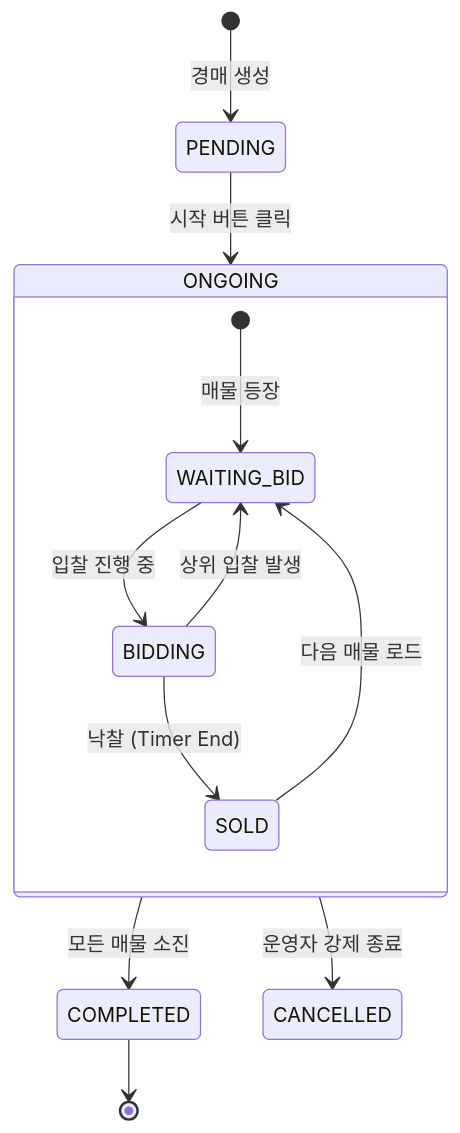
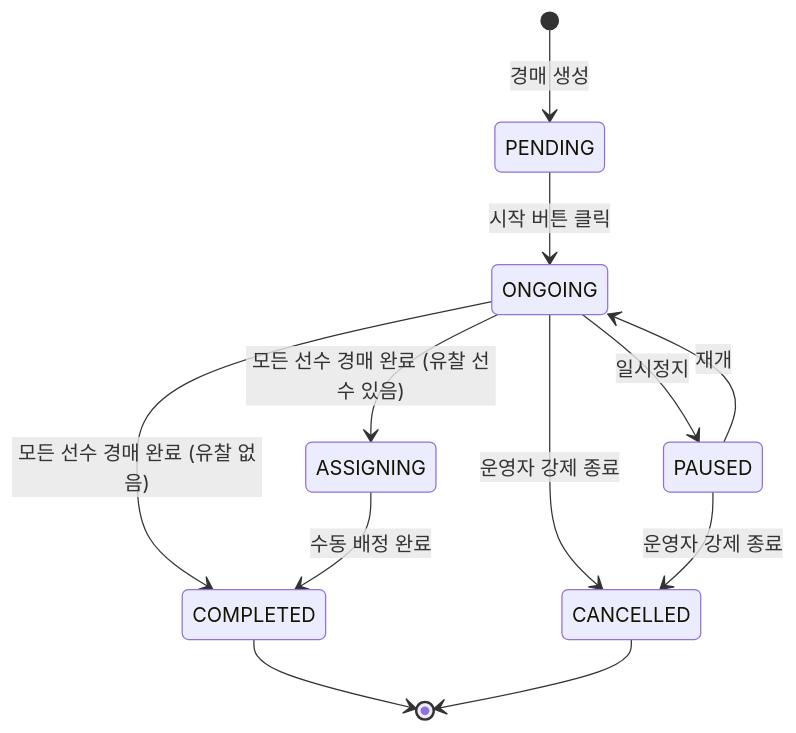
Before and after one commit to eyjs/potg: the second of 3 diagrams in docs/auction/PROCESS.md, drawn with Mermaid. The commit also changed other lines of this file and 2 other files, not shown here.

First line of the commit message:
docs: update ERD and auction process documentation

````diff
--- a/docs/auction/PROCESS.md
+++ b/docs/auction/PROCESS.md
@@ -64,17 +66,19 @@
 ```mermaid
 stateDiagram-v2
     [*] --> PENDING: 경매 생성
     PENDING --> ONGOING: 시작 버튼 클릭
-    
-    state ONGOING {
-        [*] --> WAITING_BID: 매물 등장
-        WAITING_BID --> BIDDING: 입찰 진행 중
-        BIDDING --> WAITING_BID: 상위 입찰 발생
-        BIDDING --> SOLD: 낙찰 (Timer End)
-        SOLD --> WAITING_BID: 다음 매물 로드
-    }
 
-    ONGOING --> COMPLETED: 모든 매물 소진
+    ONGOING --> PAUSED: 일시정지
+    PAUSED --> ONGOING: 재개
+
+    ONGOING --> ASSIGNING: 모든 선수 경매 완료 (유찰 선수 있음)
+    ONGOING --> COMPLETED: 모든 선수 경매 완료 (유찰 없음)
+
+    ASSIGNING --> COMPLETED: 수동 배정 완료
+
     ONGOING --> CANCELLED: 운영자 강제 종료
+    PAUSED --> CANCELLED: 운영자 강제 종료
+
     COMPLETED --> [*]
+    CANCELLED --> [*]
 ```
````
